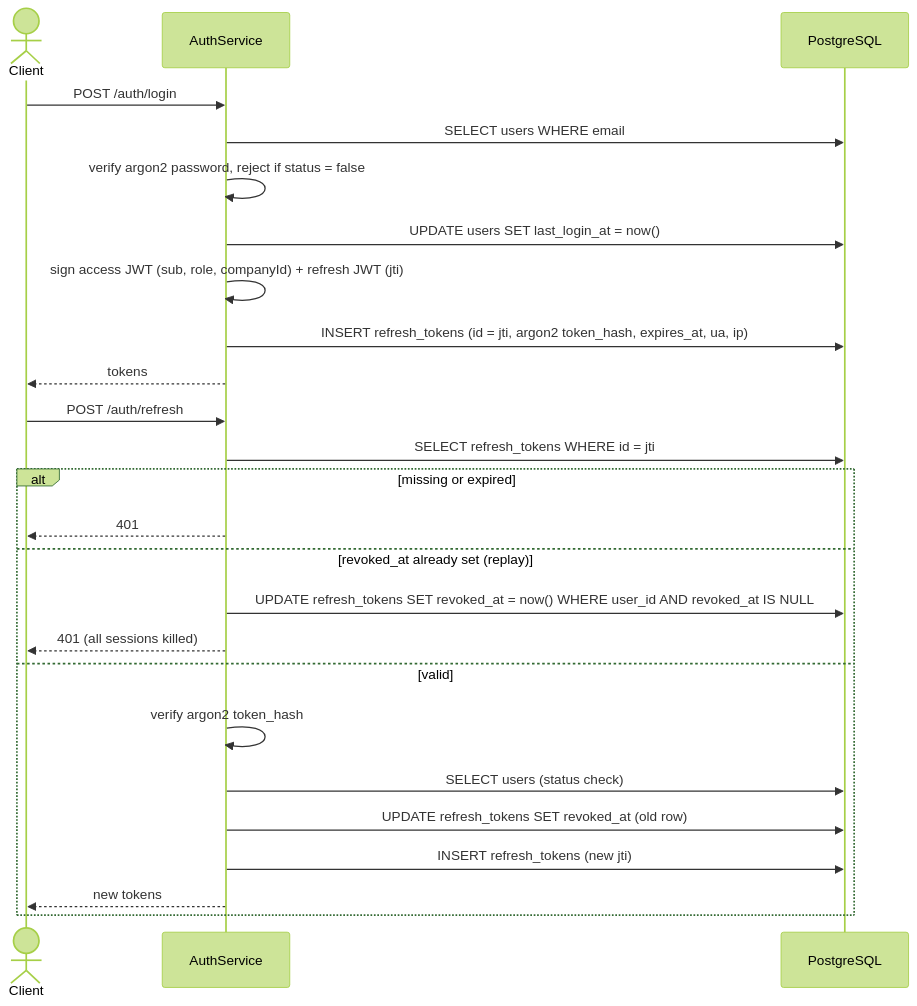
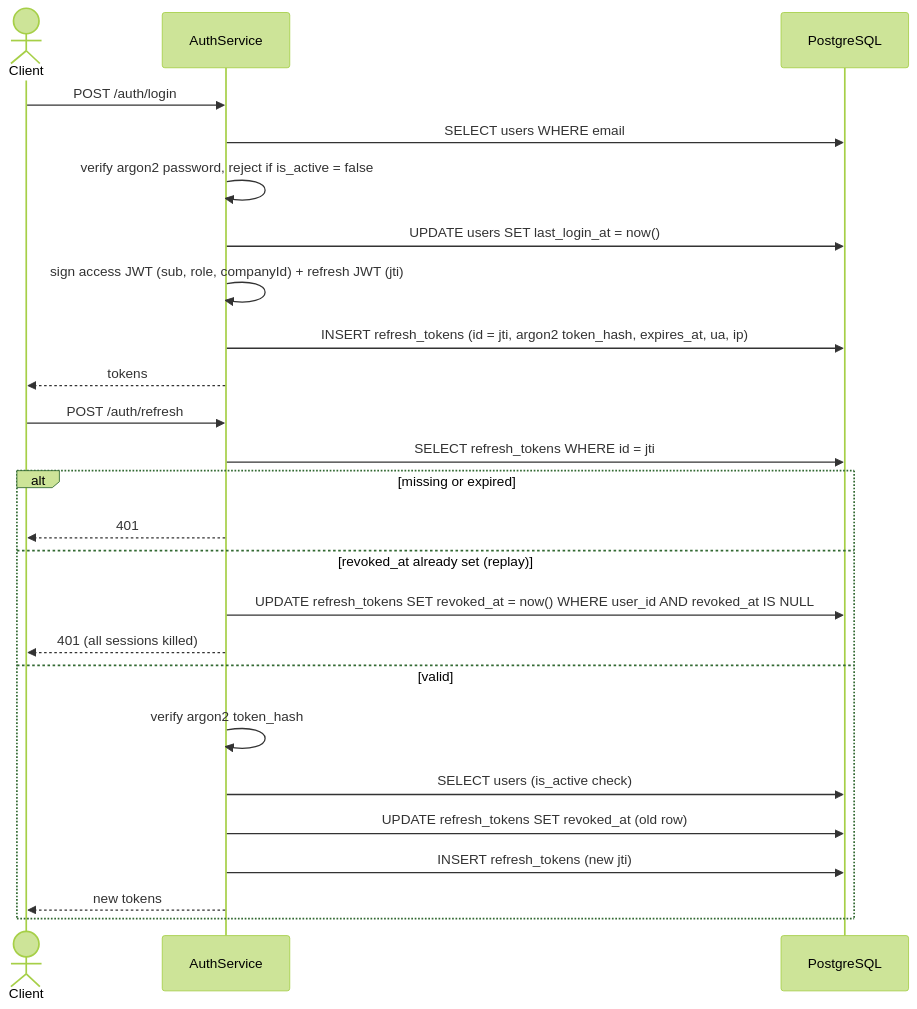
The third of 4 diagrams in docs/DATABASE.md (zeeshan-6789539/backend), drawn with Mermaid (forest theme) before and after one commit. The commit also changed other lines of this file and 15 other files, not shown here.

First line of the commit message:
refactor: rename status column to is_active on companies and users

````diff
--- a/docs/DATABASE.md
+++ b/docs/DATABASE.md
@@ -190,28 +190,28 @@
 ```mermaid
 sequenceDiagram
     actor C as Client
     participant A as AuthService
     participant DB as PostgreSQL
     C->>A: POST /auth/login
     A->>DB: SELECT users WHERE email
-    A->>A: verify argon2 password, reject if status = false
+    A->>A: verify argon2 password, reject if is_active = false
     A->>DB: UPDATE users SET last_login_at = now()
     A->>A: sign access JWT (sub, role, companyId) + refresh JWT (jti)
     A->>DB: INSERT refresh_tokens (id = jti, argon2 token_hash, expires_at, ua, ip)
     A-->>C: tokens
 
     C->>A: POST /auth/refresh
     A->>DB: SELECT refresh_tokens WHERE id = jti
     alt missing or expired
         A-->>C: 401
     else revoked_at already set (replay)
         A->>DB: UPDATE refresh_tokens SET revoked_at = now() WHERE user_id AND revoked_at IS NULL
         A-->>C: 401 (all sessions killed)
     else valid
         A->>A: verify argon2 token_hash
-        A->>DB: SELECT users (status check)
+        A->>DB: SELECT users (is_active check)
         A->>DB: UPDATE refresh_tokens SET revoked_at (old row)
         A->>DB: INSERT refresh_tokens (new jti)
         A-->>C: new tokens
     end
 ```
````
